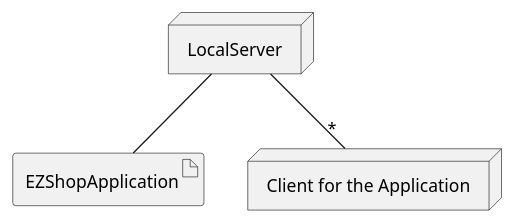
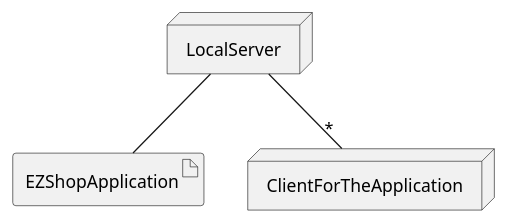
One commit to Ralls0/ezshop changed the fourth of 4 diagrams in Deliverables/RequirementsDocument.md. Above: the diagram before and after it, drawn with PlantUML.

````diff
--- a/Deliverables/RequirementsDocument.md
+++ b/Deliverables/RequirementsDocument.md
@@ -967,12 +967,12 @@
 ```plantuml
 @startuml
 
 node LocalServer
 artifact EZShopApplication
-node "Client for the Application"
+node ClientForTheApplication
 
 LocalServer -- EZShopApplication
-LocalServer -- "*" "Client for the Application"
+LocalServer -- "*" ClientForTheApplication
 
 @enduml
 ```
````
